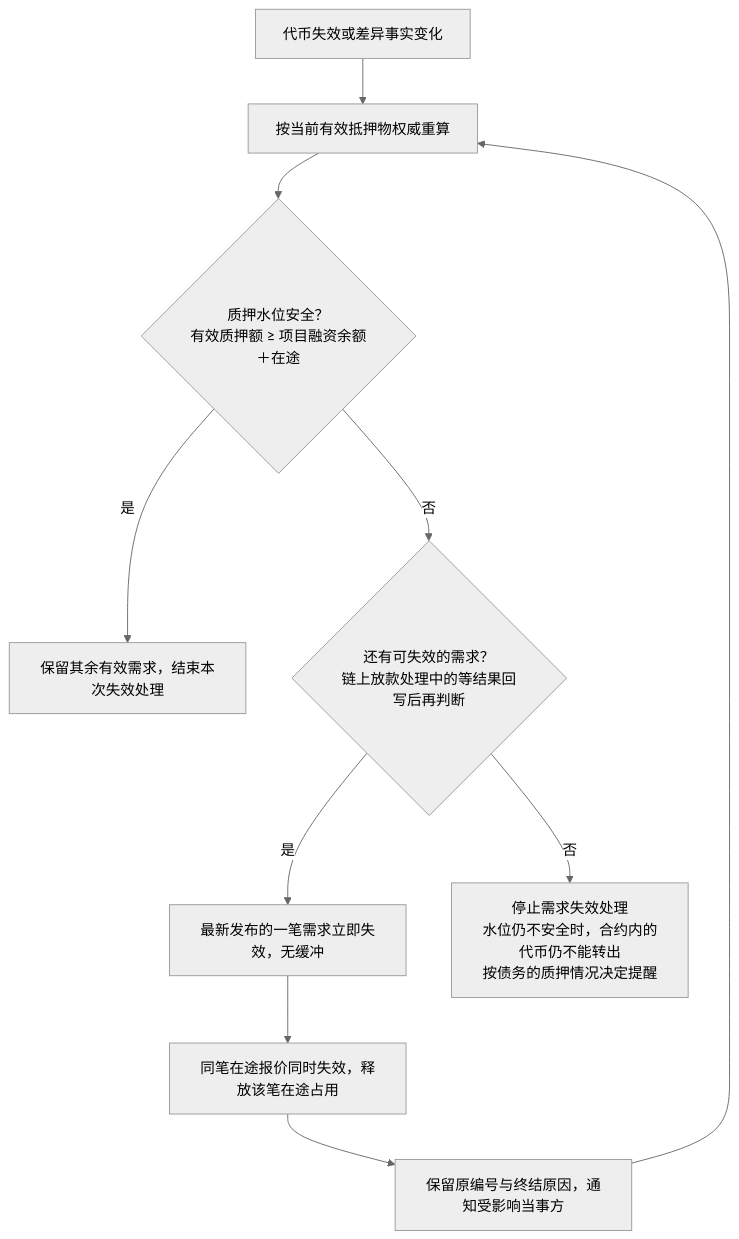
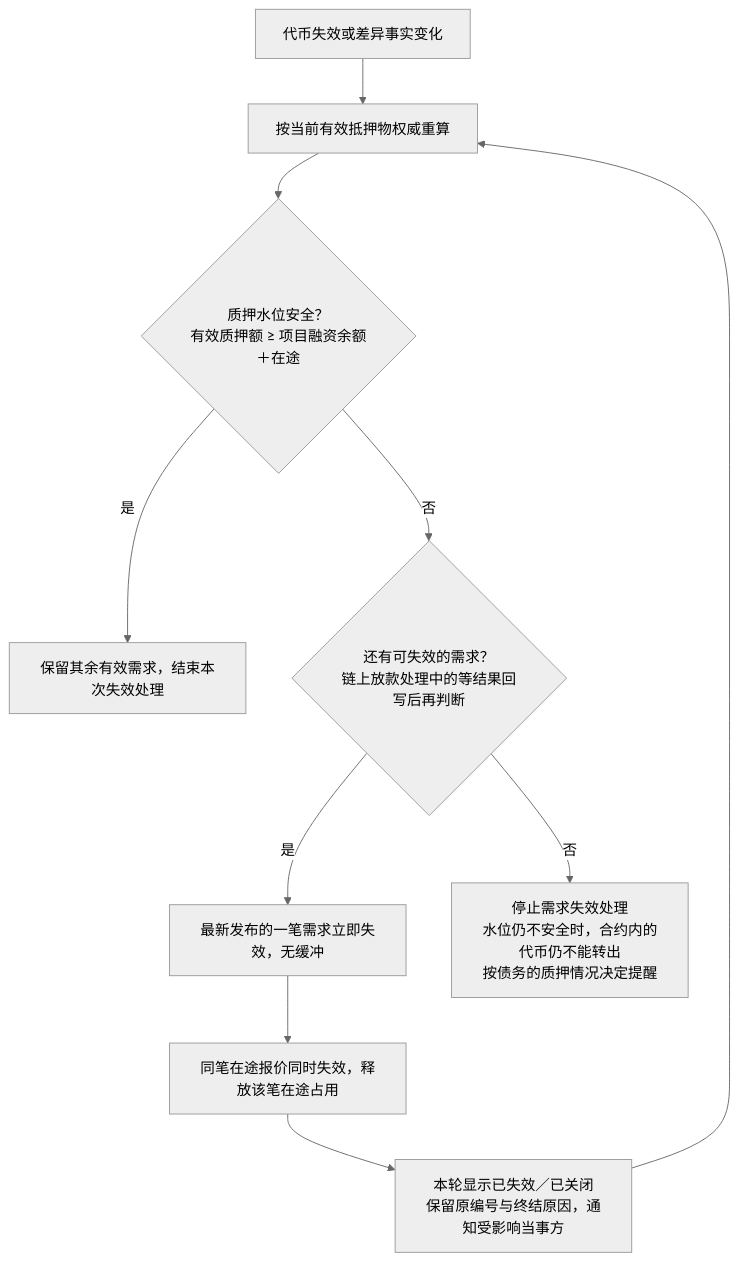
Before and after one commit to wxblockchain/Chain-Financing: the fourth of 10 diagrams in lending-platform/PRD/面客端/05-借贷广场-融资需求与代币质押/02-融资需求与代币质押-流程图与状态机.md, drawn with Mermaid (neutral theme). The commit also changed other lines of this file and 38 other files, not shown here.

````diff
--- a/lending-platform/PRD/面客端/05-借贷广场-融资需求与代币质押/02-融资需求与代币质押-流程图与状态机.md
+++ b/lending-platform/PRD/面客端/05-借贷广场-融资需求与代币质押/02-融资需求与代币质押-流程图与状态机.md
@@ -137,12 +139,12 @@
 ```mermaid
 flowchart TD
   A["代币失效或差异事实变化"] --> B["按当前有效抵押物权威重算"]
   B --> C{"质押水位安全？<br/>有效质押额 ≥ 项目融资余额＋在途"}
   C -- 是 --> D["保留其余有效需求，结束本次失效处理"]
   C -- 否 --> E{"还有可失效的需求？<br/>链上放款处理中的等结果回写后再判断"}
   E -- 是 --> F["最新发布的一笔需求立即失效，无缓冲"]
   F --> G["同笔在途报价同时失效，释放该笔在途占用"]
-  G --> H["保留原编号与终结原因，通知受影响当事方"]
+  G --> H["本轮显示已失效／已关闭<br/>保留原编号与终结原因，通知受影响当事方"]
   H --> B
   E -- 否 --> I["停止需求失效处理<br/>水位仍不安全时，合约内的代币仍不能转出<br/>按债务的质押情况决定提醒"]
 ```
````
